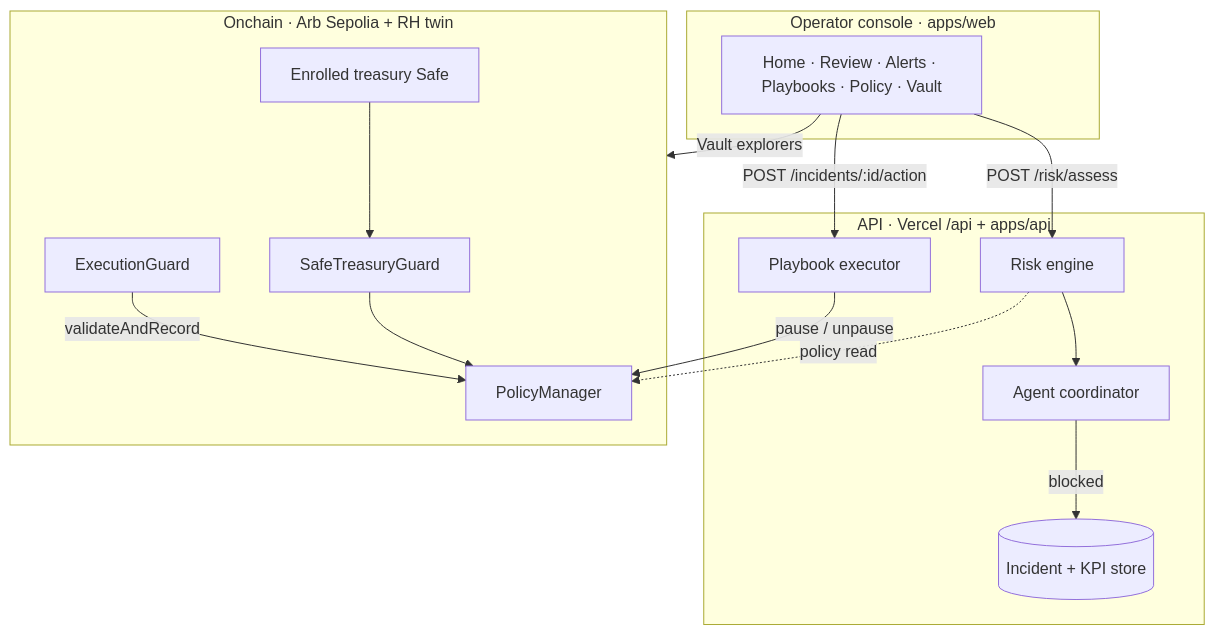
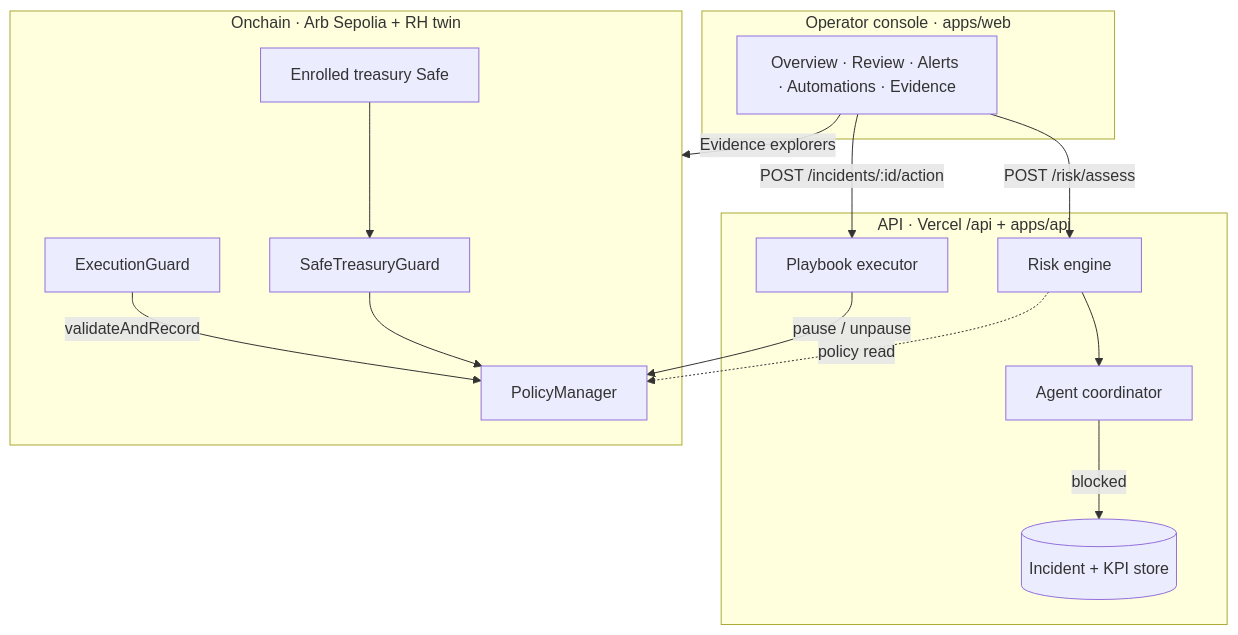
The first of 7 diagrams in docs/architecture.md (thesithunyein/arb-guardian), drawn with Mermaid before and after one commit. The commit also changed other lines of this file and 19 other files, not shown here.

````diff
--- a/docs/architecture.md
+++ b/docs/architecture.md
@@ -11,31 +11,31 @@
 ```mermaid
 flowchart TB
   subgraph Console["Operator console · apps/web"]
-    UI[Home · Review · Alerts · Playbooks · Policy · Vault]
+    UI[Overview · Review · Alerts · Automations · Evidence]
   end
 
   subgraph Edge["API · Vercel /api + apps/api"]
     RE[Risk engine]
     AC[Agent coordinator]
     PE[Playbook executor]
     Store[(Incident + KPI store)]
   end
 
   subgraph Onchain["Onchain · Arb Sepolia + RH twin"]
     PM[PolicyManager]
     EG[ExecutionGuard]
     STG[SafeTreasuryGuard]
     Safe[Enrolled treasury Safe]
   end
 
   UI -->|POST /risk/assess| RE
   RE --> AC
   AC -->|blocked| Store
   UI -->|POST /incidents/:id/action| PE
   PE -->|pause / unpause| PM
   RE -.->|policy read| PM
   EG -->|validateAndRecord| PM
   Safe --> STG
   STG --> PM
-  UI -->|Vault explorers| Onchain
+  UI -->|Evidence explorers| Onchain
 ```
````
